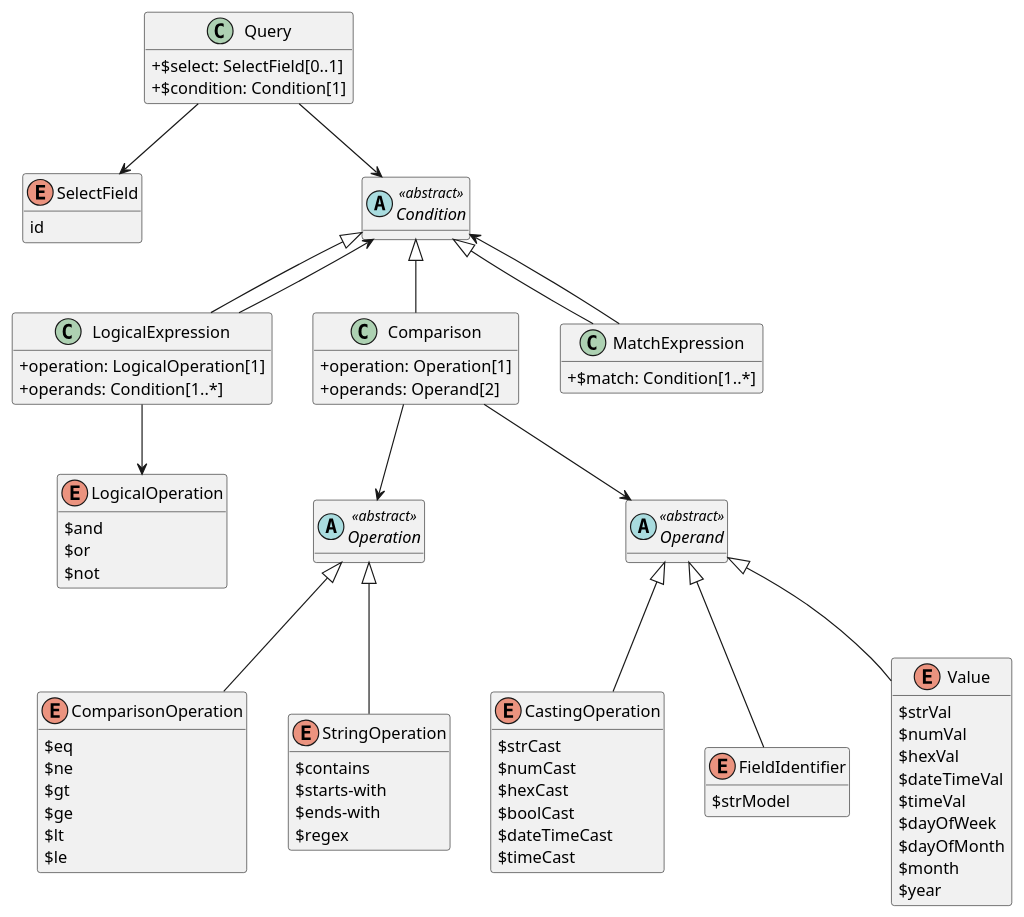
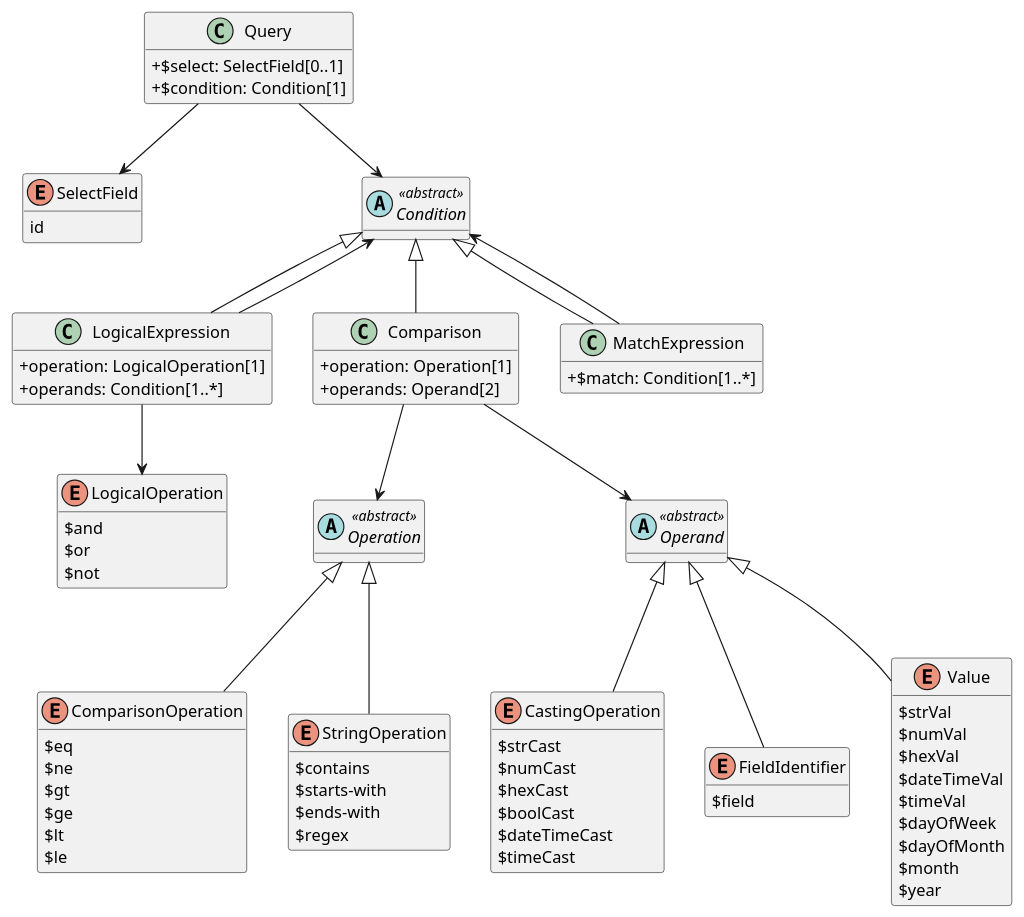
The diagram in documentation/IDTA-01002-3/modules/ROOT/images/plantuml/query-language-overview.puml (admin-shell-io/aas-specs-api), drawn with PlantUML before and after one commit. The commit also changed 8 other files, not shown here.

```diff
--- a/documentation/IDTA-01002-3/modules/ROOT/images/plantuml/query-language-overview.puml
+++ b/documentation/IDTA-01002-3/modules/ROOT/images/plantuml/query-language-overview.puml
@@ -1,124 +1,124 @@
 @startuml
 !pragma useIntermediatePackages false
 skinparam classAttributeIconSize 0
 
 hide methods 
 
 class Query {
     +$select: SelectField[0..1]
     +$condition: Condition[1]
 }
  
 Query --> SelectField
 Query --> Condition
 
 ' to better arrange the SelectField
 SelectField -r[hidden]- Placeholder1
 Placeholder1 -r[hidden]- Condition
 hide Placeholder1
 
 ' to better arrange the elements
 Placeholder2 -l[hidden]- Condition
 hide Placeholder2
  
 enum SelectField {
      id
 }
 
 
   abstract class Condition <<abstract>>{
   }
 
   enum LogicalOperation {
     $and
     $or
     $not
     ' nested
   }
 
   class LogicalExpression {
     +operation: LogicalOperation[1]
     +operands: Condition[1..*]
   }
 
   class MatchExpression {
     +$match: Condition[1..*]
   }
 
   abstract class Operation <<abstract>> {
     
   }
 
   enum ComparisonOperation {
     $eq
     $ne
     $gt
     $ge
     $lt
     $le
   }
   Operation <|-- ComparisonOperation
 
   enum StringOperation {
     $contains
     $starts-with
     $ends-with
     $regex
   }
   Operation <|-- StringOperation
 
   class Comparison {
     +operation: Operation[1]
     +operands: Operand[2]
   }
 
   enum CastingOperation {
     $strCast
     $numCast
     $hexCast
     $boolCast
     $dateTimeCast
     $timeCast
   }
 
   abstract class Operand <<abstract>> {
 
   }
 
   enum FieldIdentifier {
-    $strModel
+    $field
   }
 
   enum Value {
     $strVal
     $numVal
     $hexVal
     $dateTimeVal
     $timeVal
     $dayOfWeek
     $dayOfMonth
     $month
     $year
   }
 
   LogicalExpression -u-|> Condition
   LogicalExpression --> Condition
   LogicalExpression --> LogicalOperation
   Comparison -u-|> Condition
   Condition <|-- MatchExpression
   Condition <-- MatchExpression
   Comparison --> Operation
   Comparison --> Operand
   Operand <|-- CastingOperation
   Operand <|--Value
   Operand <|-- FieldIdentifier
 
 'for better arrangements of the classes below Condition
 LogicalExpression .r[hidden]. Comparison
 'Comparison .r[hidden]. MatchExpression
 
 'Operation .r[hidden]. Operand
 
 
 
 @enduml
```
